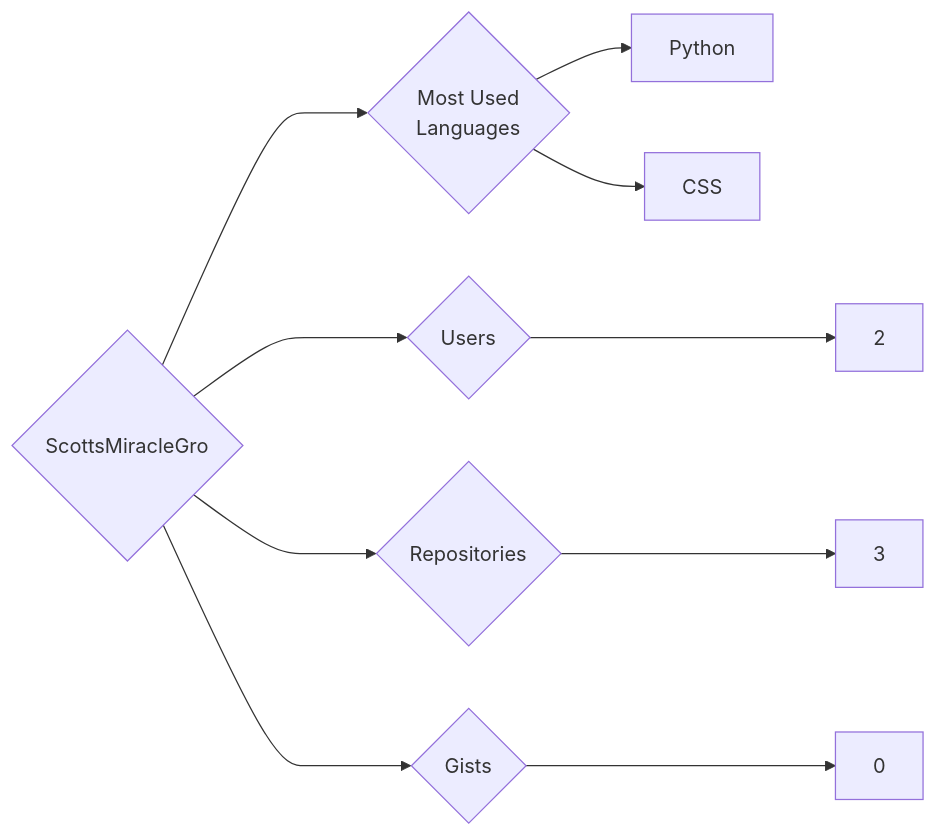
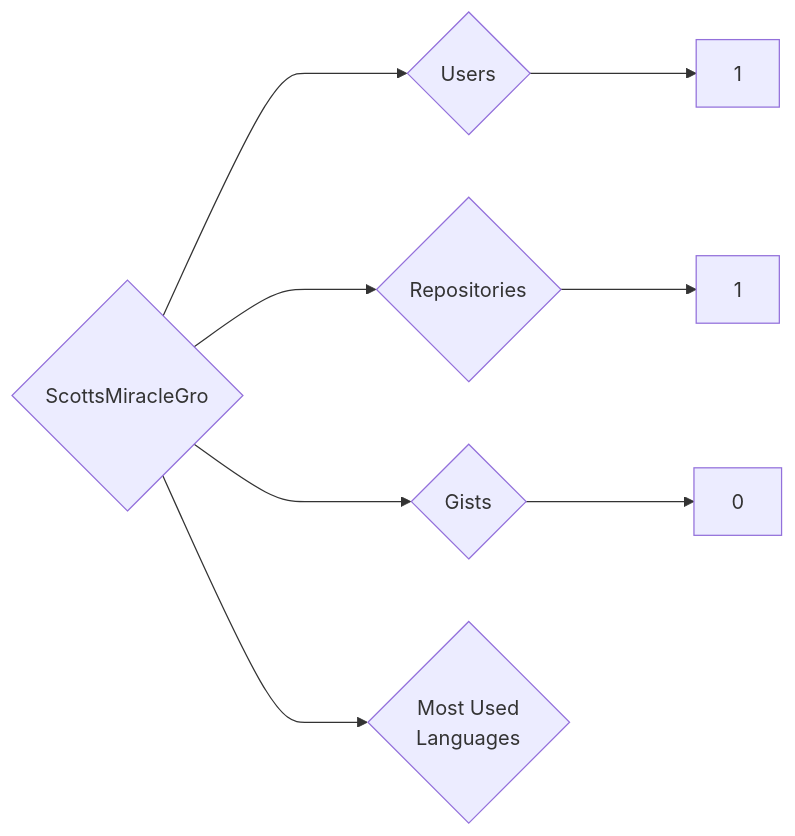
Before and after one commit to trickest/insiders: the diagram in targets/ScottsMiracleGro/README.md, drawn with Mermaid. The commit also changed 871 other files, not shown here.

````diff
--- a/targets/ScottsMiracleGro/README.md
+++ b/targets/ScottsMiracleGro/README.md
@@ -3,10 +3,8 @@
 ```mermaid
 graph LR
 COMPANY_NAME{ScottsMiracleGro}
-COMPANY_NAME ---> U{Users} ---> UN[2]
-COMPANY_NAME ---> R{Repositories} ---> RN[3]
+COMPANY_NAME ---> U{Users} ---> UN[1]
+COMPANY_NAME ---> R{Repositories} ---> RN[1]
 COMPANY_NAME ---> G{Gists} ---> GN[0]
 COMPANY_NAME ---> ML{Most Used<br>Languages}
-ML --> Python[Python]
-ML --> CSS[CSS]
 ```
````
